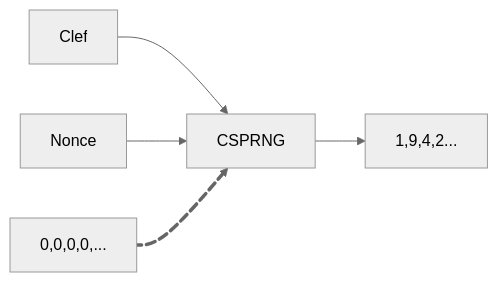
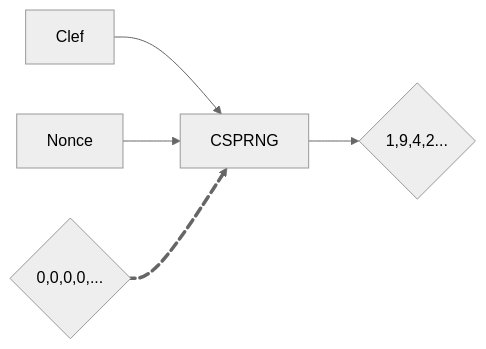
One commit to WhiteBowlerHat/FOG-Project_C changed the diagram in Readme.md. Above: the diagram before and after it, drawn with Mermaid (neutral theme).

Commit message:
Trying to fix error

````diff
--- a/Readme.md
+++ b/Readme.md
@@ -5,8 +5,8 @@
 ```mermaid
 flowchart LR;
     Clef-->CSPRNG;
     Nonce-->CSPRNG;
-    B[0,0,0,0,...] e1@==> CSPRNG;
-    CSPRNG --> C[1,9,4,2...];
+    B{0,0,0,0,...} e1@==> CSPRNG;
+    CSPRNG --> C{1,9,4,2...};
     e1@{ animate: true }
 ```
````
